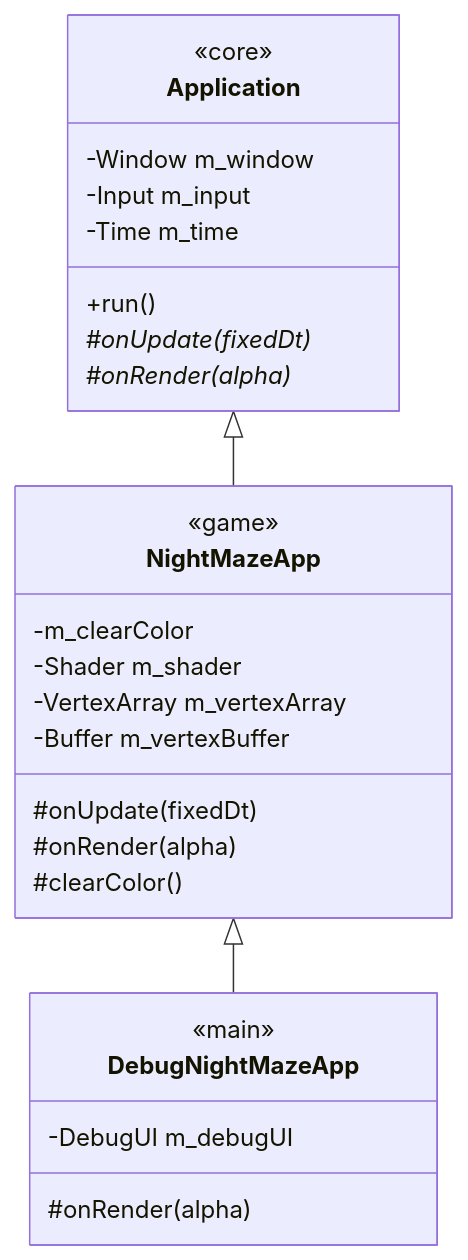
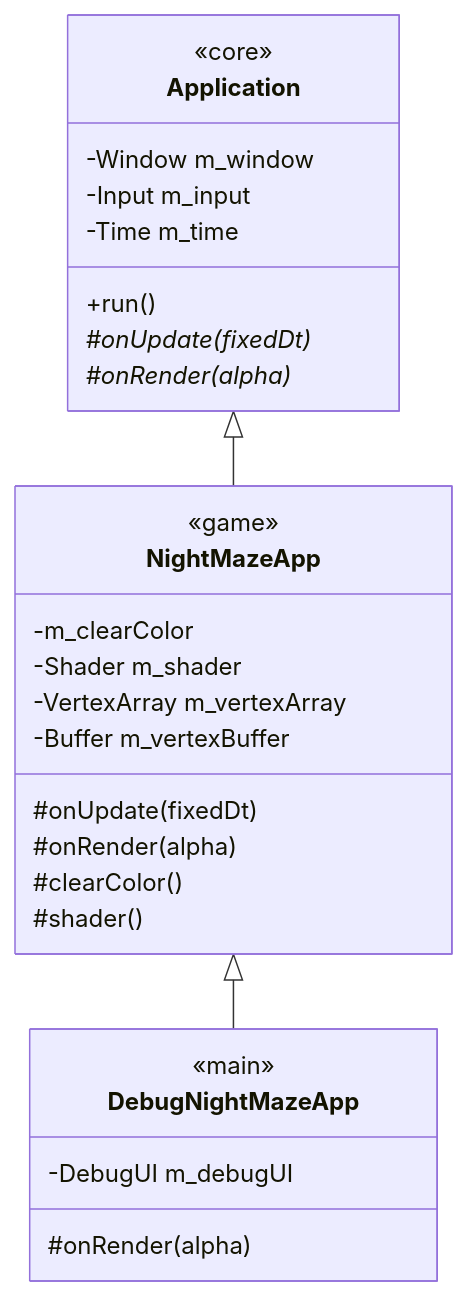
The third of 3 diagrams in docs/modules/core/README.md (Shironex/night-maze), drawn with Mermaid before and after one commit. The commit also changed other lines of this file and 22 other files, not shown here.

````diff
--- a/docs/modules/core/README.md
+++ b/docs/modules/core/README.md
@@ -166,29 +167,30 @@
 ```mermaid
 classDiagram
     class Application {
         <<core>>
         -Window m_window
         -Input m_input
         -Time m_time
         +run()
         #onUpdate(fixedDt)*
         #onRender(alpha)*
     }
     class NightMazeApp {
         <<game>>
         -m_clearColor
         -Shader m_shader
         -VertexArray m_vertexArray
         -Buffer m_vertexBuffer
         #onUpdate(fixedDt)
         #onRender(alpha)
         #clearColor()
+        #shader()
     }
     class DebugNightMazeApp {
         <<main>>
         -DebugUI m_debugUI
         #onRender(alpha)
     }
     Application <|-- NightMazeApp
     NightMazeApp <|-- DebugNightMazeApp
 ```
````
